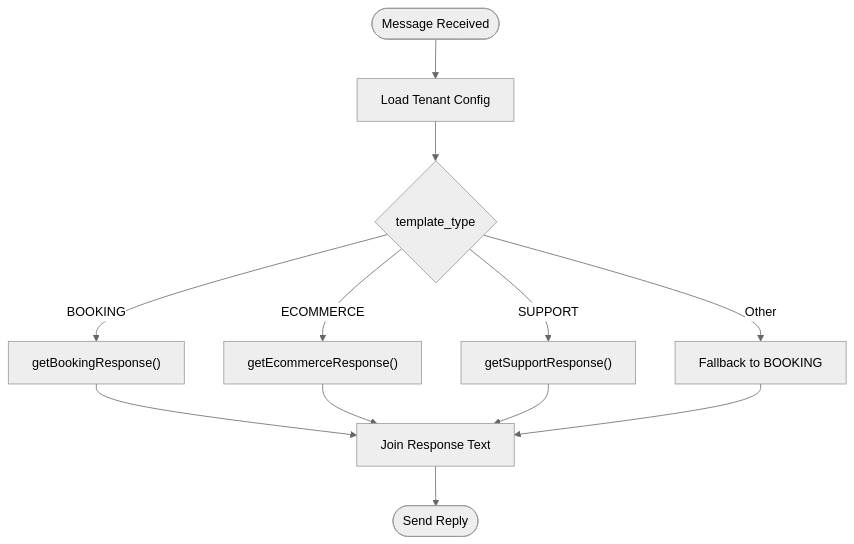
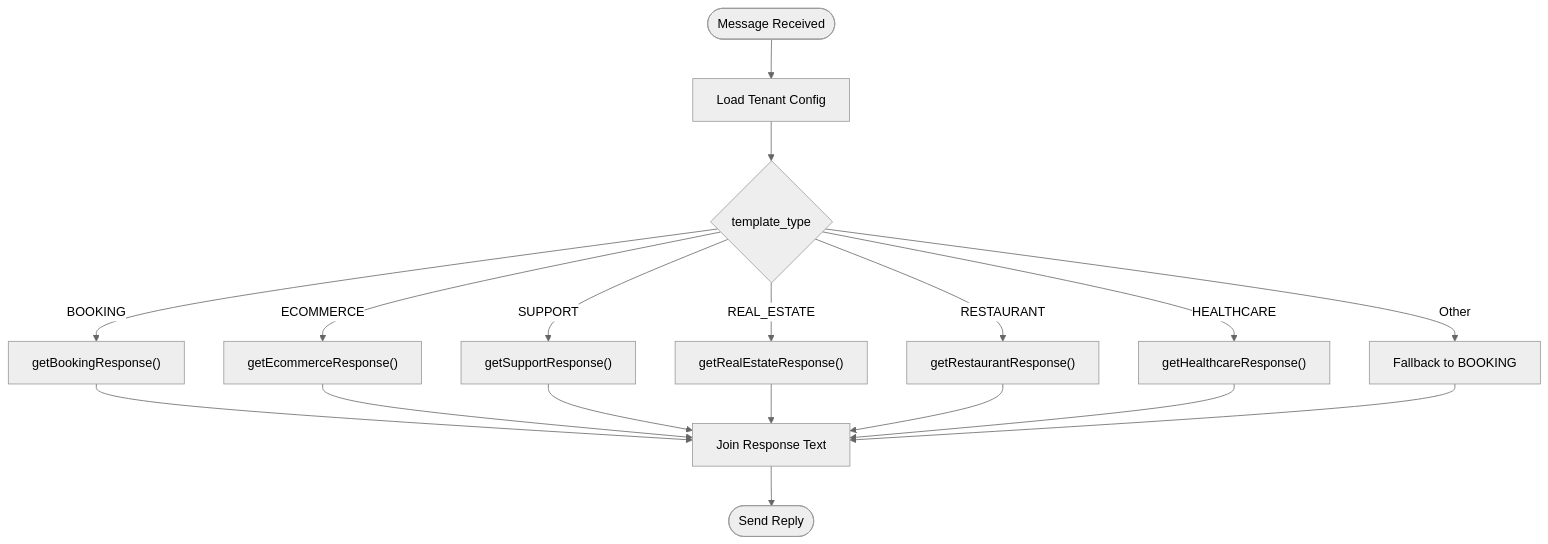
One commit to askchiwa-spec/FLOW-HQ-BOT changed the third of 13 diagrams in .qoder/repowiki/en/content/Template System/Template System.md. Above: the diagram before and after it, drawn with Mermaid (neutral theme). The commit also changed other lines of this file and 27 other files, not shown here.

````diff
--- a/.qoder/repowiki/en/content/Template System/Template System.md
+++ b/.qoder/repowiki/en/content/Template System/Template System.md
@@ -179,14 +208,20 @@
 ```mermaid
 flowchart TD
 Start(["Message Received"]) --> LoadCfg["Load Tenant Config"]
 LoadCfg --> Select{"template_type"}
 Select --> |BOOKING| Booking["getBookingResponse()"]
 Select --> |ECOMMERCE| Ecom["getEcommerceResponse()"]
 Select --> |SUPPORT| Support["getSupportResponse()"]
+Select --> |REAL_ESTATE| RealEstate["getRealEstateResponse()"]
+Select --> |RESTAURANT| Restaurant["getRestaurantResponse()"]
+Select --> |HEALTHCARE| Healthcare["getHealthcareResponse()"]
 Select --> |Other| Fallback["Fallback to BOOKING"]
 Booking --> Join["Join Response Text"]
 Ecom --> Join
 Support --> Join
+RealEstate --> Join
+Restaurant --> Join
+Healthcare --> Join
 Fallback --> Join
 Join --> End(["Send Reply"])
 ```
````
